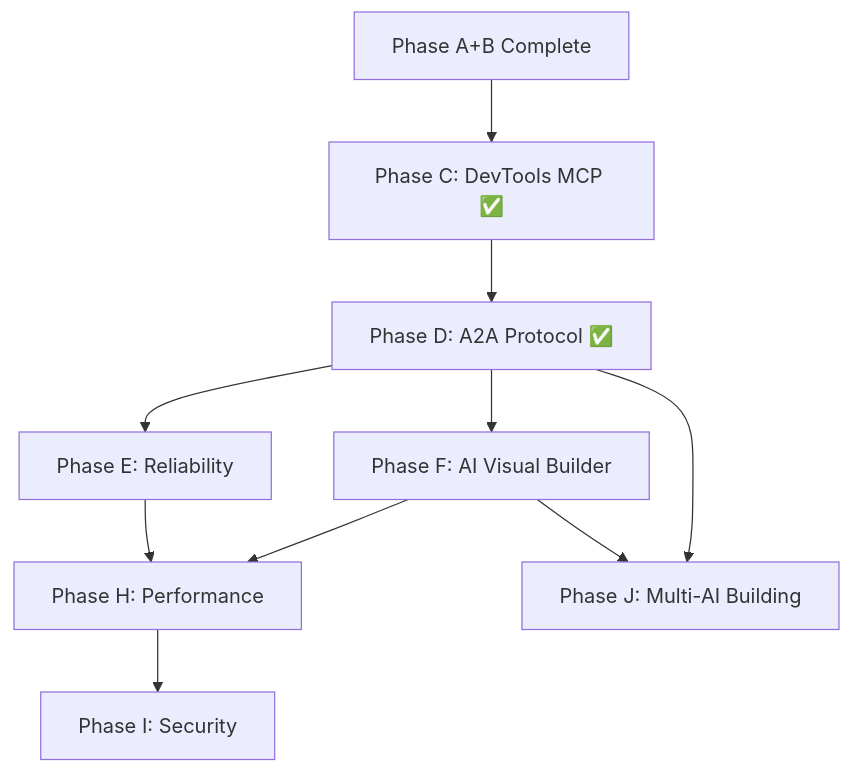
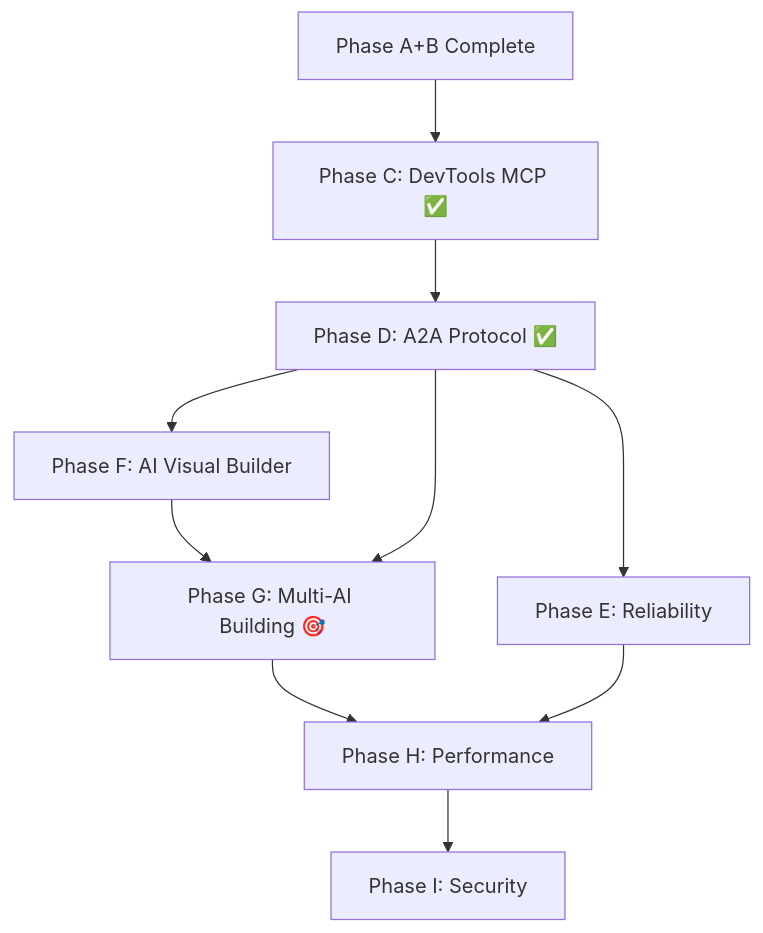
The diagram in ai_project_management/roadmaps/webmcp-improvement-roadmap.md (tdw419/geometry_os), drawn with Mermaid before and after one commit. The commit also changed other lines of this file and 1 other file, not shown here.

First line of the commit message:
docs(webmcp): add Phase G collaborative multi-AI building design

````diff
--- a/ai_project_management/roadmaps/webmcp-improvement-roadmap.md
+++ b/ai_project_management/roadmaps/webmcp-improvement-roadmap.md
@@ -579,12 +633,12 @@
 ```mermaid
 graph TD
     A[Phase A+B Complete] --> C[Phase C: DevTools MCP ✅]
     C --> D[Phase D: A2A Protocol ✅]
     D --> E[Phase E: Reliability]
     D --> F[Phase F: AI Visual Builder]
-    F --> H[Phase H: Performance]
+    F --> G[Phase G: Multi-AI Building 🎯]
+    D --> G
+    G --> H[Phase H: Performance]
     E --> H
     H --> I[Phase I: Security]
-    D --> J[Phase J: Multi-AI Building]
-    F --> J
 ```
````
